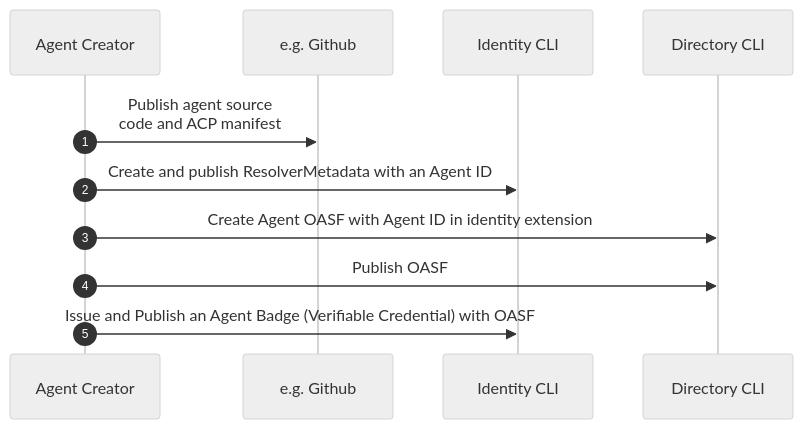
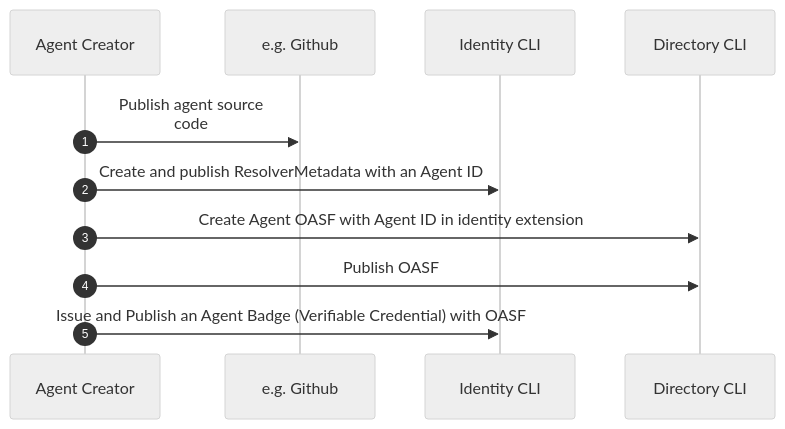
One commit to agntcy/docs changed the second of 9 diagrams in docs/identity/flow.md. Above: the diagram before and after it, drawn with Mermaid (neutral theme). The commit also changed other lines of this file and 1 other file, not shown here.

Commit message:
chore: removing acp mentions

````diff
--- a/docs/identity/flow.md
+++ b/docs/identity/flow.md
@@ -62,14 +62,14 @@
 ```mermaid
 sequenceDiagram
 autonumber
 
-Agent Creator->>e.g. Github: Publish agent source<br/>code and ACP manifest
+Agent Creator->>e.g. Github: Publish agent source<br/>code
 
 Agent Creator->>Identity CLI: Create and publish ResolverMetadata with an Agent ID
 
 Agent Creator->>Directory CLI: Create Agent OASF with Agent ID in identity extension
 
 Agent Creator->>Directory CLI: Publish OASF
 
 Agent Creator->>Identity CLI: Issue and Publish an Agent Badge (Verifiable Credential) with OASF
 ```
````
